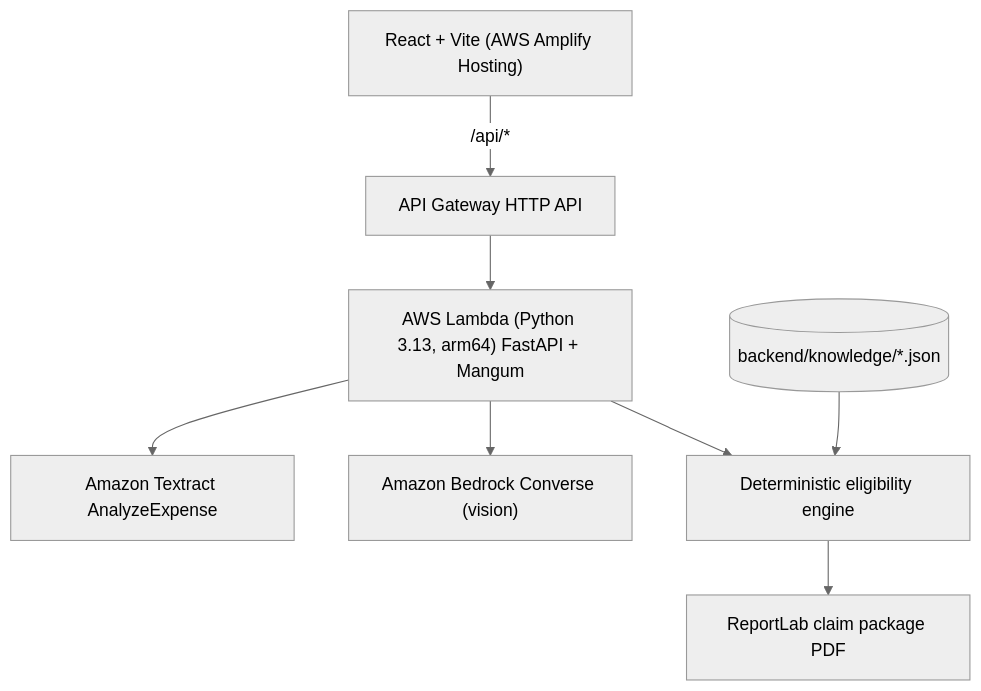
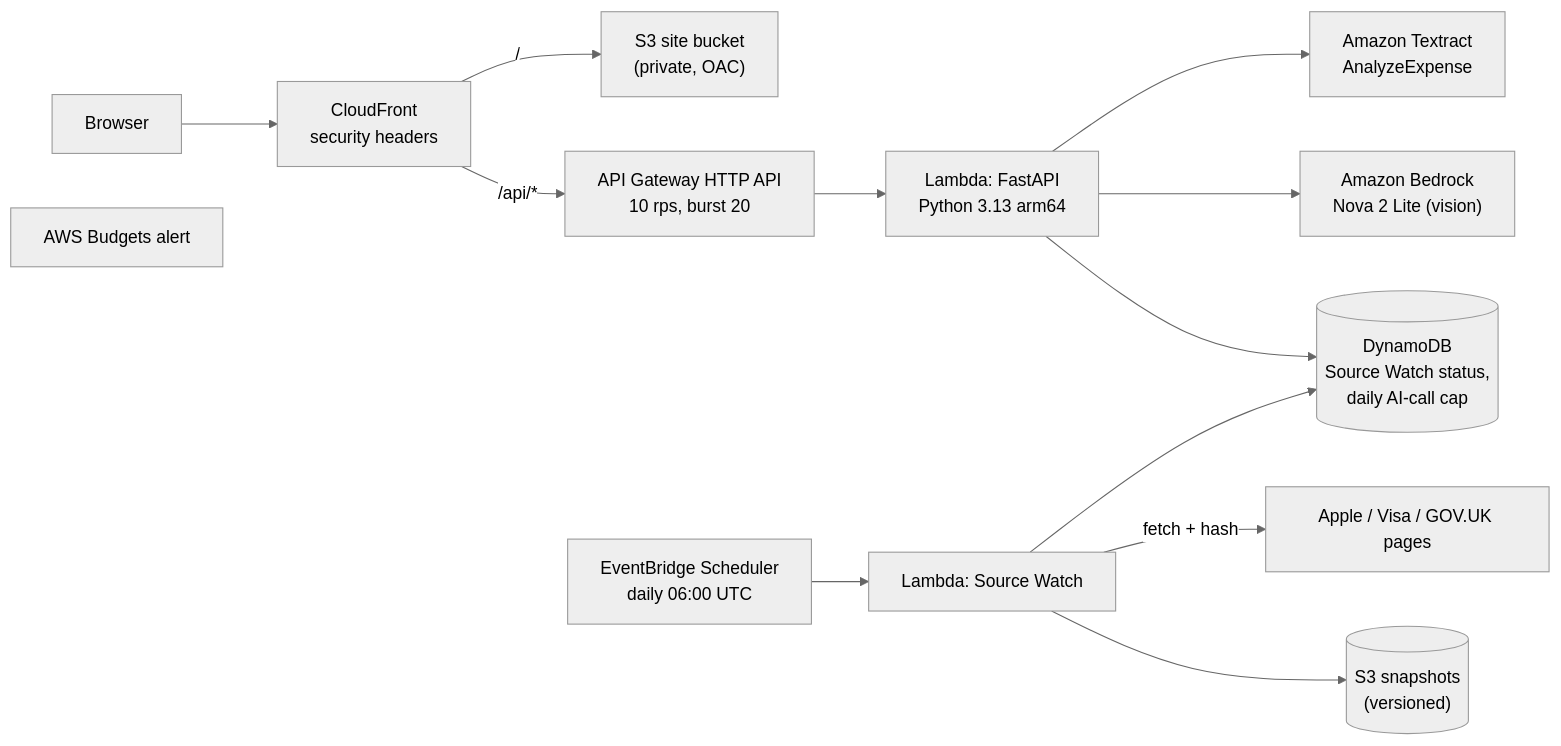
Before and after one commit to Extraordinarytechy/remedy-ai: the diagram in README.md, drawn with Mermaid (neutral theme). The commit also changed other lines of this file and 18 other files, not shown here.

````diff
--- a/README.md
+++ b/README.md
@@ -45,10 +27,15 @@
 ```mermaid
-flowchart TD
-    UI["React + Vite (AWS Amplify Hosting)"] -->|"/api/*"| API["API Gateway HTTP API"]
-    API --> L["AWS Lambda (Python 3.13, arm64) FastAPI + Mangum"]
-    L --> T["Amazon Textract AnalyzeExpense"]
-    L --> B["Amazon Bedrock Converse (vision)"]
-    L --> E["Deterministic eligibility engine"]
-    K[("backend/knowledge/*.json")] --> E
-    E --> P["ReportLab claim package PDF"]
+flowchart LR
+    U["Browser"] --> CF["CloudFront<br/>security headers"]
+    CF -->|"/"| S3["S3 site bucket<br/>(private, OAC)"]
+    CF -->|"/api/*"| API["API Gateway HTTP API<br/>10 rps, burst 20"]
+    API --> L["Lambda: FastAPI<br/>Python 3.13 arm64"]
+    L --> TX["Amazon Textract<br/>AnalyzeExpense"]
+    L --> BR["Amazon Bedrock<br/>Nova 2 Lite (vision)"]
+    L --> DDB[("DynamoDB<br/>Source Watch status,<br/>daily AI-call cap")]
+    SCH["EventBridge Scheduler<br/>daily 06:00 UTC"] --> SW["Lambda: Source Watch"]
+    SW -->|"fetch + hash"| SRC["Apple / Visa / GOV.UK pages"]
+    SW --> DDB
+    SW --> SNAP[("S3 snapshots<br/>(versioned)")]
+    BUD["AWS Budgets alert"]
 ```
````
